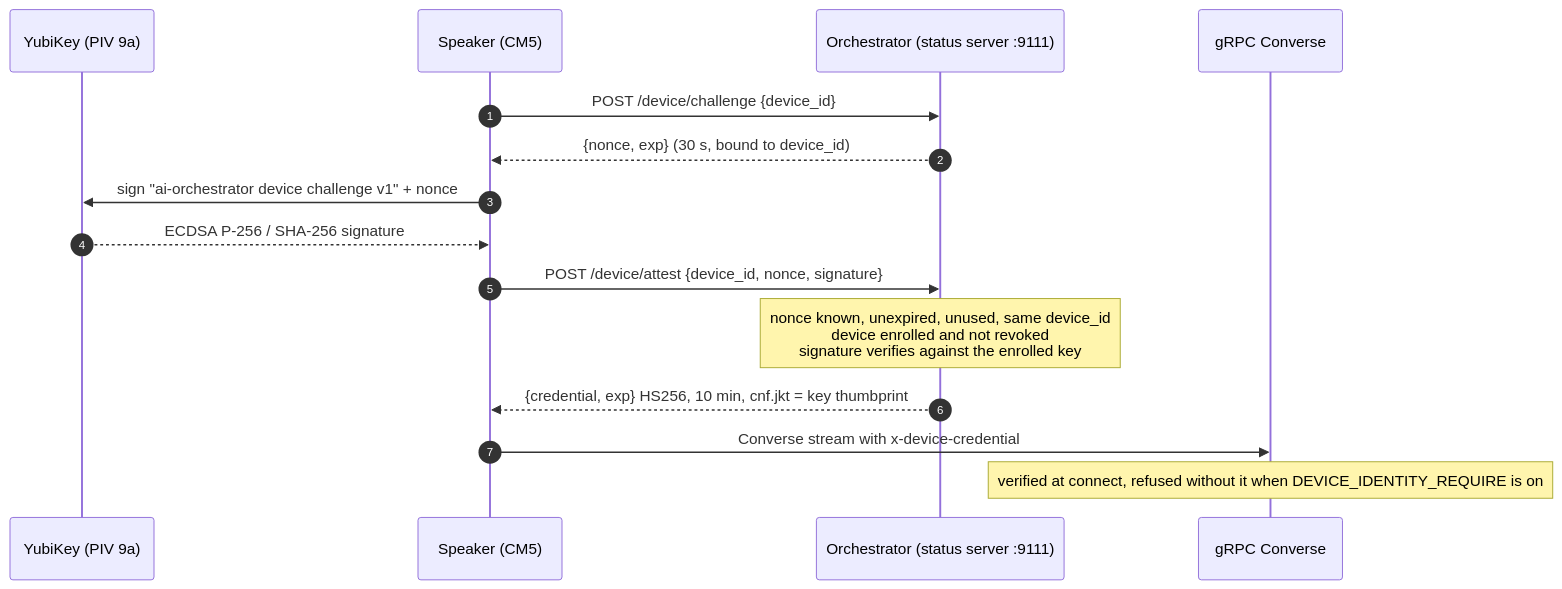
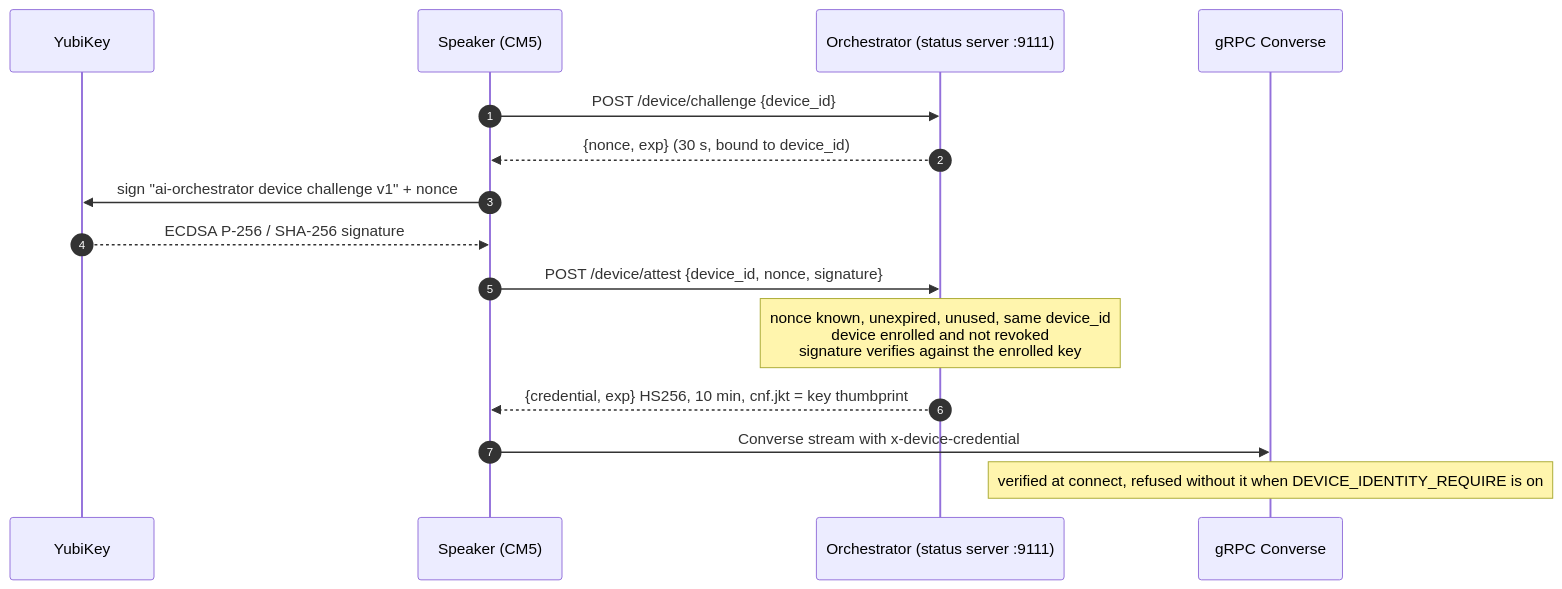
One commit to ianisms/ai-orchestrator changed the first of 3 diagrams in security/DEVICE_IDENTITY.md. Above: the diagram before and after it, drawn with Mermaid. The commit also changed other lines of this file and 5 other files, not shown here.

First line of the commit message:
docs: YubiKey without the PIV slot jargon

````diff
--- a/security/DEVICE_IDENTITY.md
+++ b/security/DEVICE_IDENTITY.md
@@ -22,18 +22,18 @@
 ```mermaid
 sequenceDiagram
     autonumber
-    participant Y as YubiKey (PIV 9a)
+    participant Y as YubiKey
     participant S as Speaker (CM5)
     participant O as Orchestrator (status server :9111)
     participant G as gRPC Converse
 
     S->>O: POST /device/challenge {device_id}
     O-->>S: {nonce, exp} (30 s, bound to device_id)
     S->>Y: sign "ai-orchestrator device challenge v1" + nonce
     Y-->>S: ECDSA P-256 / SHA-256 signature
     S->>O: POST /device/attest {device_id, nonce, signature}
     Note over O: nonce known, unexpired, unused, same device_id<br/>device enrolled and not revoked<br/>signature verifies against the enrolled key
     O-->>S: {credential, exp} HS256, 10 min, cnf.jkt = key thumbprint
     S->>G: Converse stream with x-device-credential
     Note over G: verified at connect, refused without it when DEVICE_IDENTITY_REQUIRE is on
 ```
````
